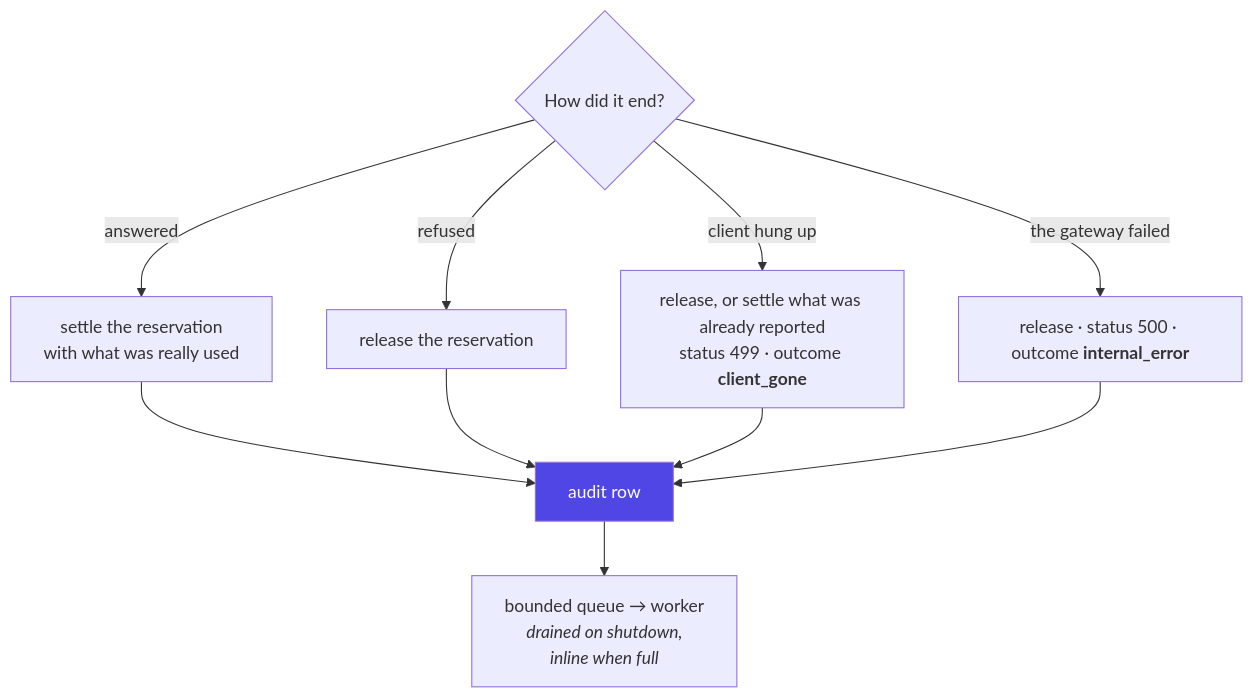
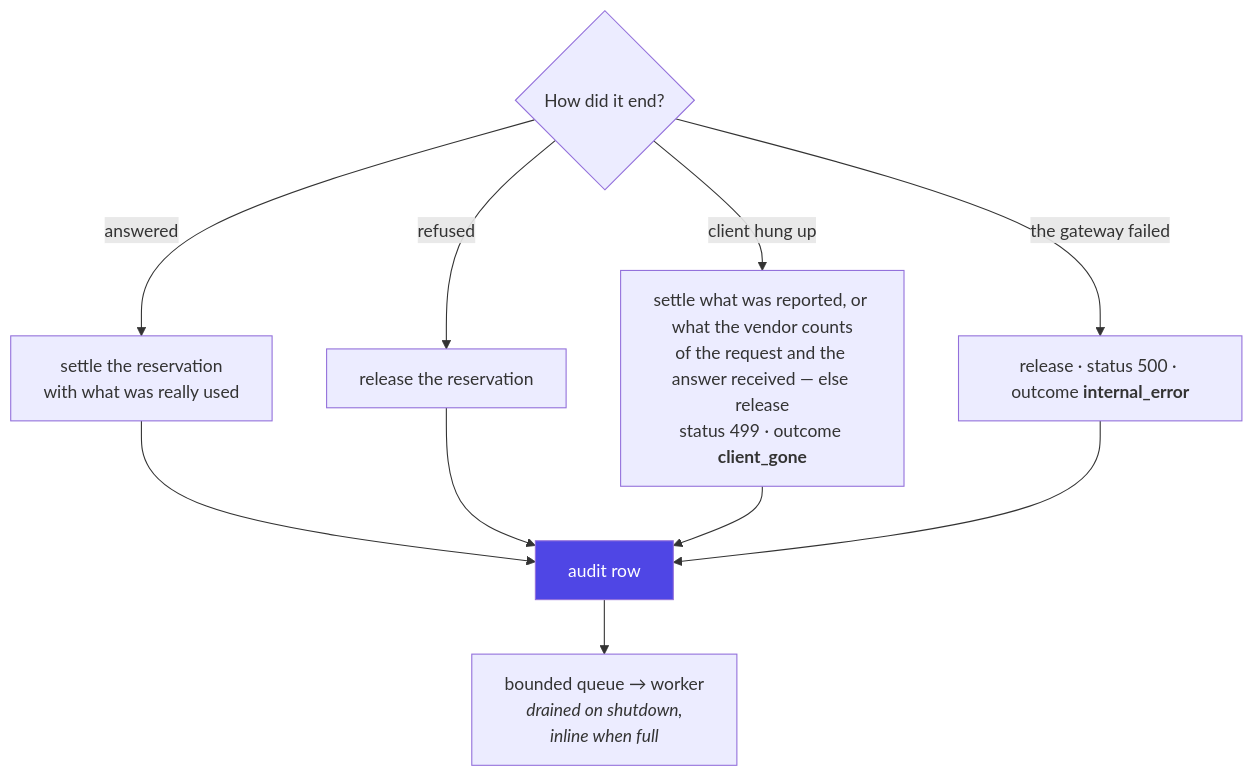
One commit to InigoImago/AIRA-Gateway changed the fifth of 6 diagrams in docs/REQUEST-LIFECYCLE.md. Above: the diagram before and after it, drawn with Mermaid. The commit also changed other lines of this file and 743 other files, not shown here.

````diff
--- a/docs/REQUEST-LIFECYCLE.md
+++ b/docs/REQUEST-LIFECYCLE.md
@@ -312,15 +347,15 @@
 ```mermaid
 graph TB
     exit{"How did it end?"}
     exit -->|"answered"| settle["settle the reservation<br/>with what was really used"]
     exit -->|"refused"| release["release the reservation"]
-    exit -->|"client hung up"| cancel["release, or settle what was already reported<br/>status 499 · outcome <b>client_gone</b>"]
+    exit -->|"client hung up"| cancel["settle what was reported, or what the vendor counts<br/>of the request and the answer received — else release<br/>status 499 · outcome <b>client_gone</b>"]
     exit -->|"the gateway failed"| fail["release · status 500 · outcome <b>internal_error</b>"]
     settle --> row["audit row"]
     release --> row
     cancel --> row
     fail --> row
     row --> queue["bounded queue → worker<br/><i>drained on shutdown,<br/>inline when full</i>"]
 
     style row fill:#4f46e5,color:#fff
 ```
````
